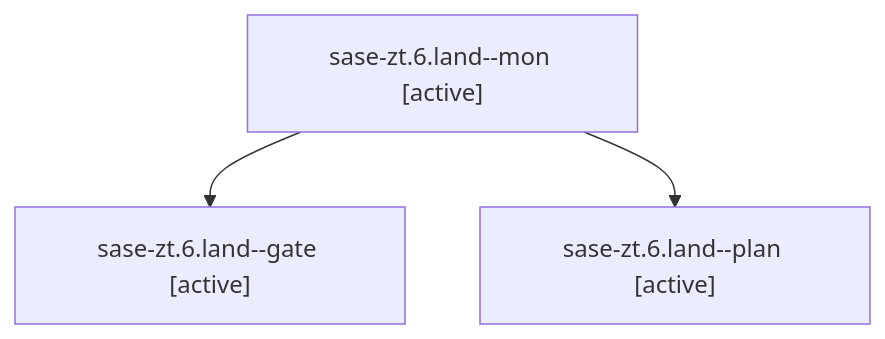
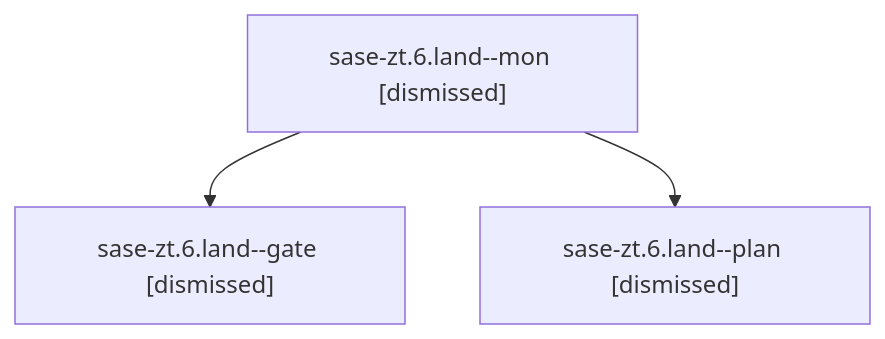
Before and after one commit to sase-org/sase--agents: the diagram in sessions/bbugyi200.athena.sase-zt.6.land.md, drawn with Mermaid. The commit also changed other lines of this file and 209 other files, not shown here.

````diff
--- a/sessions/bbugyi200.athena.sase-zt.6.land.md
+++ b/sessions/bbugyi200.athena.sase-zt.6.land.md
@@ -9,8 +9,8 @@
 ```mermaid
 flowchart TD
-  n0["sase-zt.6.land--mon [active]"]
-  n1["sase-zt.6.land--gate [active]"]
+  n0["sase-zt.6.land--mon [dismissed]"]
+  n1["sase-zt.6.land--gate [dismissed]"]
   n0 --> n1
-  n2["sase-zt.6.land--plan [active]"]
+  n2["sase-zt.6.land--plan [dismissed]"]
   n0 --> n2
 ```
````
